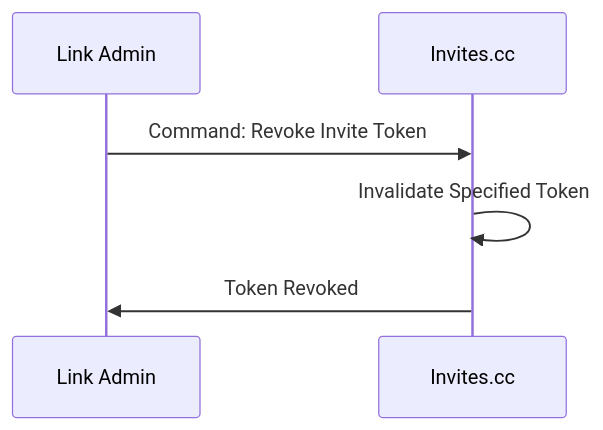
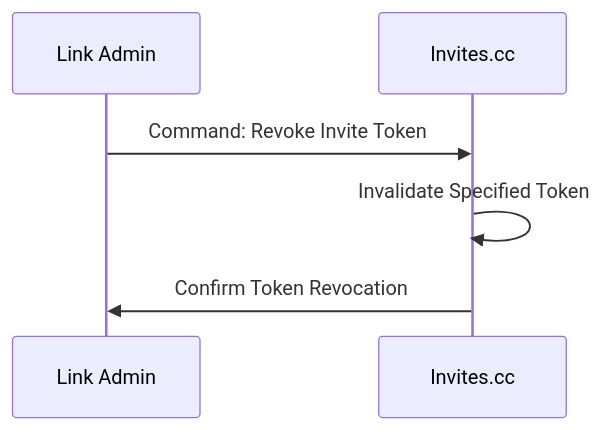
Before and after one commit to ichilabs/invites.cc: the fourth of 13 diagrams in docs/design-doc.md, drawn with Mermaid. The commit also changed other lines of this file, not shown here.

````diff
--- a/docs/design-doc.md
+++ b/docs/design-doc.md
@@ -73,8 +213,9 @@
 ```mermaid
 sequenceDiagram
     participant Admin as Link Admin
     participant Invites as Invites.cc
+    
     Admin ->> Invites: Command: Revoke Invite Token
     Invites ->> Invites: Invalidate Specified Token
-    Invites ->> Admin: Token Revoked
+    Invites ->> Admin: Confirm Token Revocation
 ```
````
